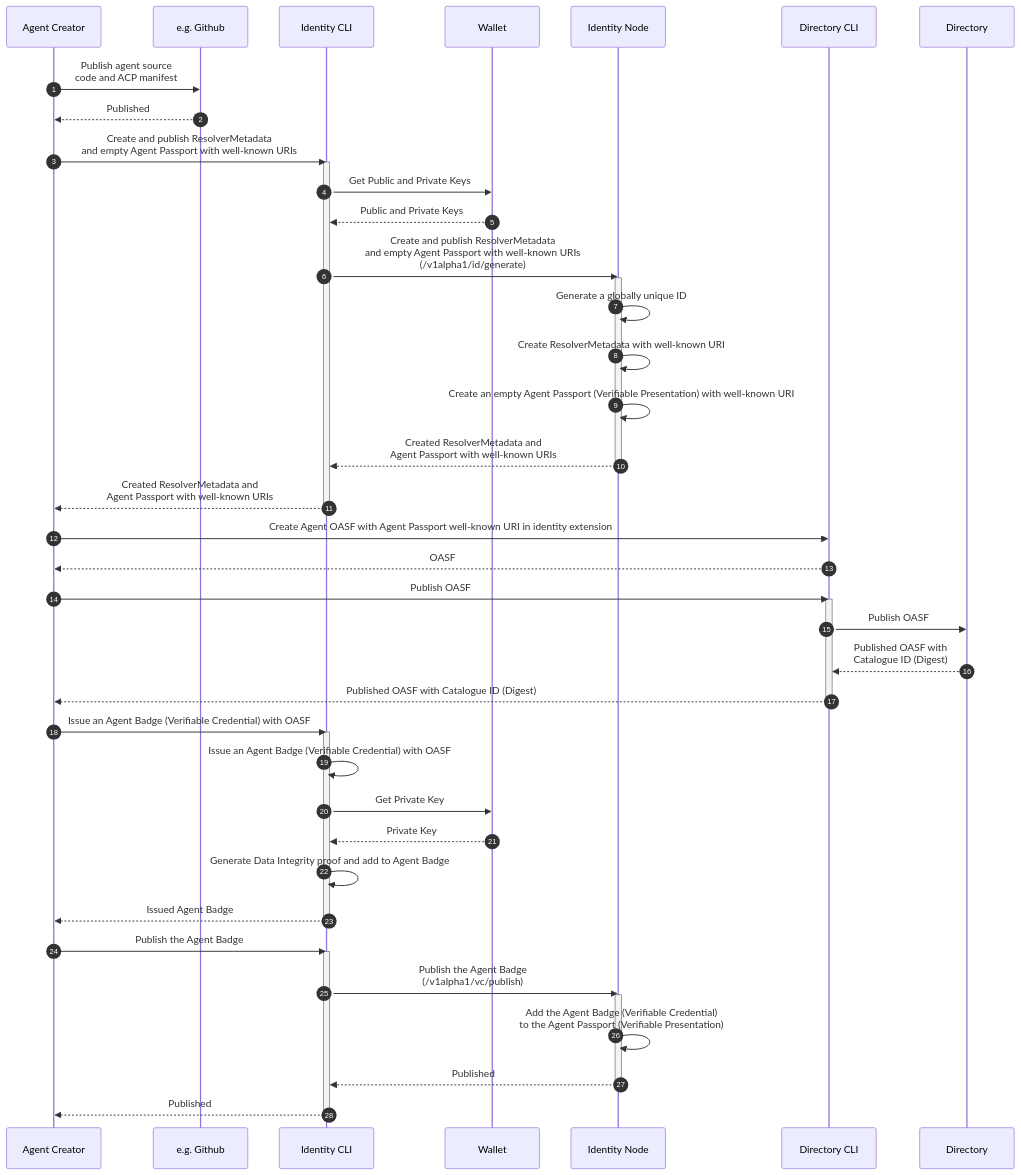
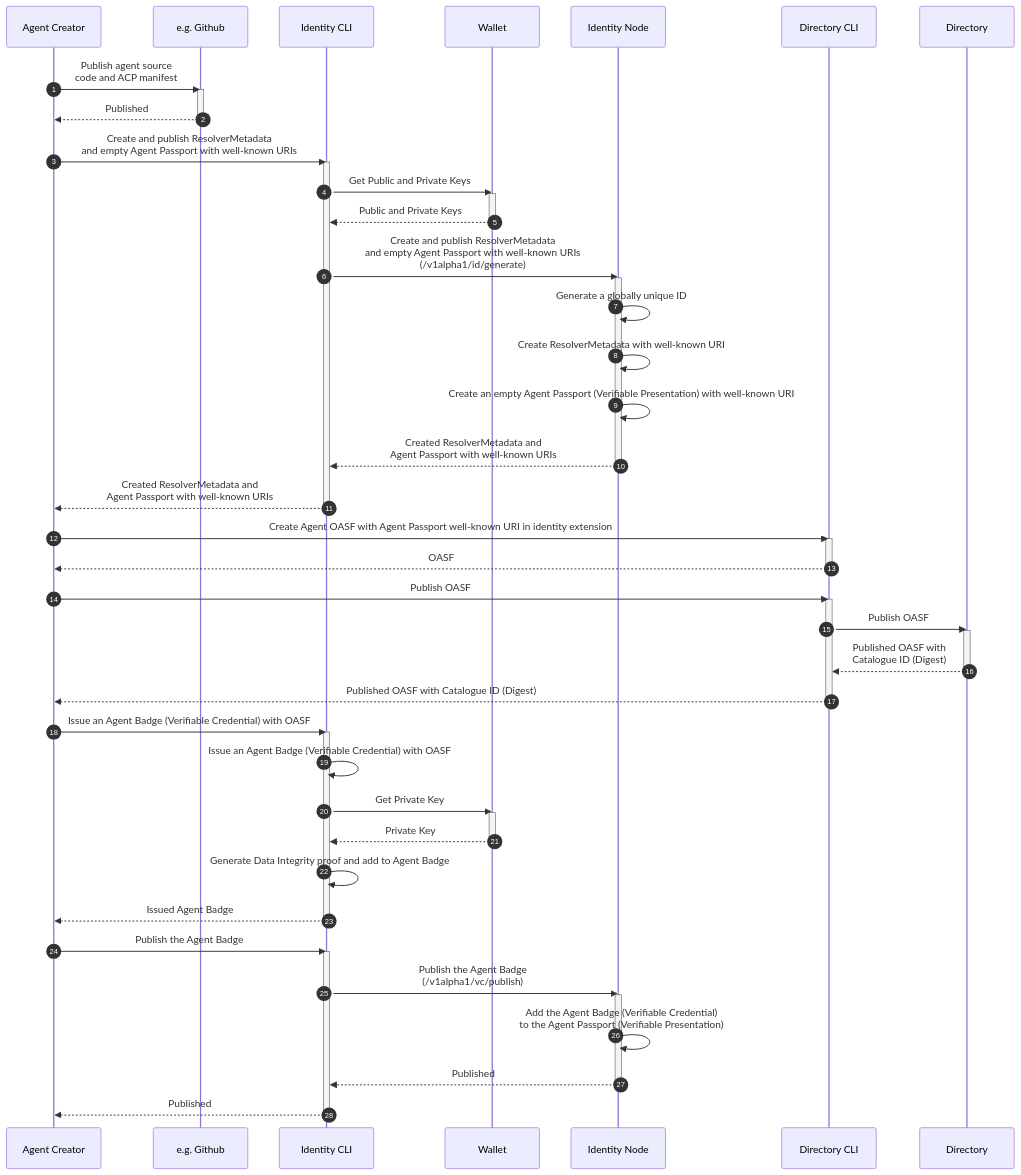
One commit to agntcy/identity-spec changed the first of 4 diagrams in docs-src/docs/specs/flows/agntcy.md. Above: the diagram before and after it, drawn with Mermaid. The commit also changed other lines of this file, not shown here.

Commit message:
feat: update update flow

````diff
--- a/docs-src/docs/specs/flows/agntcy.md
+++ b/docs-src/docs/specs/flows/agntcy.md
@@ -9,57 +9,67 @@
 ```mermaid
 sequenceDiagram
 autonumber
 
 % Create a new agent
 Agent Creator->>e.g. Github: Publish agent source<br/>code and ACP manifest
+activate e.g. Github
 e.g. Github-->>Agent Creator: Published
+deactivate e.g. Github
 
 % Create and publish ResolverMetadata and Agent Passport with well-known URIs
 Agent Creator->>Identity CLI: Create and publish ResolverMetadata<br/>and empty Agent Passport with well-known URIs
 activate Identity CLI
 Identity CLI->>Wallet: Get Public and Private Keys
+activate Wallet
 Wallet-->>Identity CLI: Public and Private Keys
+deactivate Wallet
 Identity CLI->>Identity Node: Create and publish ResolverMetadata<br/>and empty Agent Passport with well-known URIs<br/>(/v1alpha1/id/generate)
 activate Identity Node
 Identity Node->>Identity Node: Generate a globally unique ID
 Identity Node->>Identity Node: Create ResolverMetadata with well-known URI
 Identity Node->>Identity Node: Create an empty Agent Passport (Verifiable Presentation) with well-known URI
 Identity Node-->>Identity CLI: Created ResolverMetadata and<br/>Agent Passport with well-known URIs
 deactivate Identity Node
 Identity CLI-->>Agent Creator: Created ResolverMetadata and<br/>Agent Passport with well-known URIs
 deactivate Identity CLI
 
 % Create the agent's OASF and add Agent Passport well-known URI
 Agent Creator->>Directory CLI: Create Agent OASF with Agent Passport well-known URI in identity extension
+activate Directory CLI
 Directory CLI-->>Agent Creator: OASF
+deactivate Directory CLI
 
 % Publish agent OASF
 Agent Creator->>Directory CLI: Publish OASF
 activate Directory CLI
 Directory CLI->>Directory: Publish OASF
+activate Directory
 Directory-->>Directory CLI: Published OASF with<br/>Catalogue ID (Digest)
+deactivate Directory
 Directory CLI-->>Agent Creator: Published OASF with Catalogue ID (Digest)
 deactivate Directory CLI
 
 % Issue Agent Badge linking agent ID + OASF
 Agent Creator->>Identity CLI: Issue an Agent Badge (Verifiable Credential) with OASF
 activate Identity CLI
 Identity CLI->>Identity CLI: Issue an Agent Badge (Verifiable Credential) with OASF
 Identity CLI->>Wallet: Get Private Key
+activate Wallet
 Wallet-->>Identity CLI: Private Key
+deactivate Wallet
 Identity CLI->>Identity CLI: Generate Data Integrity proof and add to Agent Badge
 Identity CLI-->>Agent Creator: Issued Agent Badge
 deactivate Identity CLI
 
 % Publish the Agent Badge
 Agent Creator->>Identity CLI: Publish the Agent Badge
 activate Identity CLI
 Identity CLI->>Identity Node: Publish the Agent Badge<br/>(/v1alpha1/vc/publish)
 activate Identity Node
 Identity Node->>Identity Node: Add the Agent Badge (Verifiable Credential)<br/>to the Agent Passport (Verifiable Presentation)
 Identity Node-->>Identity CLI: Published
 deactivate Identity Node
 Identity CLI-->>Agent Creator: Published
 deactivate Identity CLI
 
 ```
````
